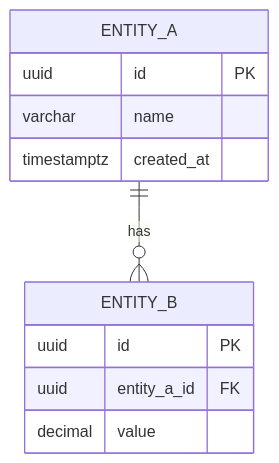
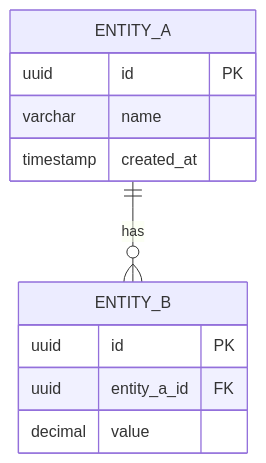
The fourth of 4 diagrams in 08-uml/diagram-index.md (code-sena/fae-docs), drawn with Mermaid before and after one commit. The commit also changed 108 other files, not shown here.

````diff
--- a/08-uml/diagram-index.md
+++ b/08-uml/diagram-index.md
@@ -145,14 +145,14 @@
 ```mermaid
 erDiagram
     ENTITY_A ||--o{ ENTITY_B : "has"
     ENTITY_A {
         uuid id PK
         varchar name
-        timestamptz created_at
+        timestamp created_at
     }
     ENTITY_B {
         uuid id PK
         uuid entity_a_id FK
         decimal value
     }
 ```
````
